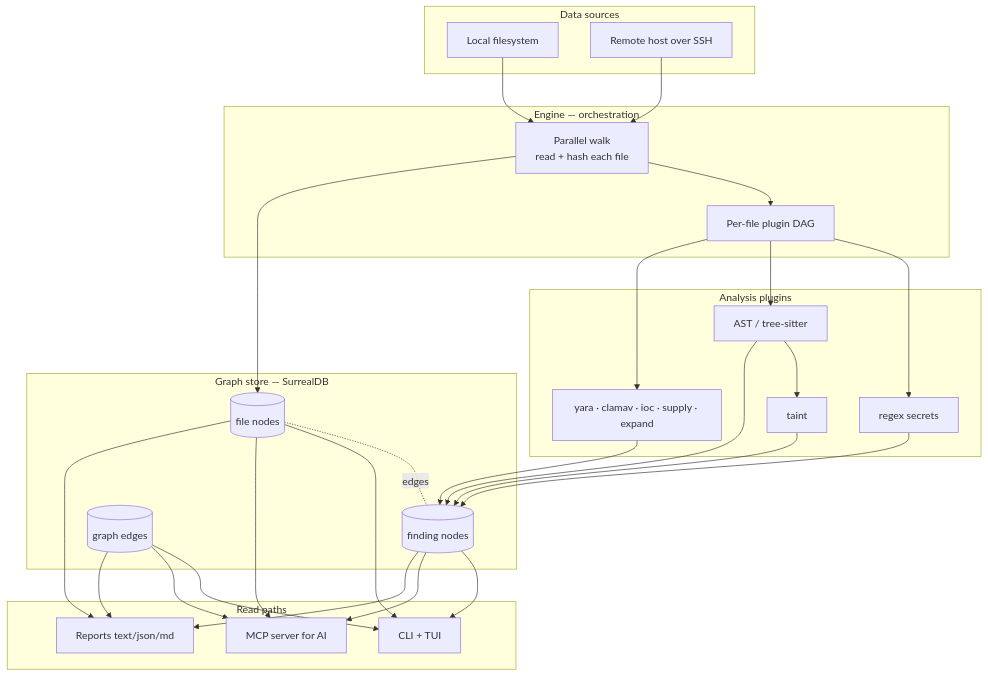
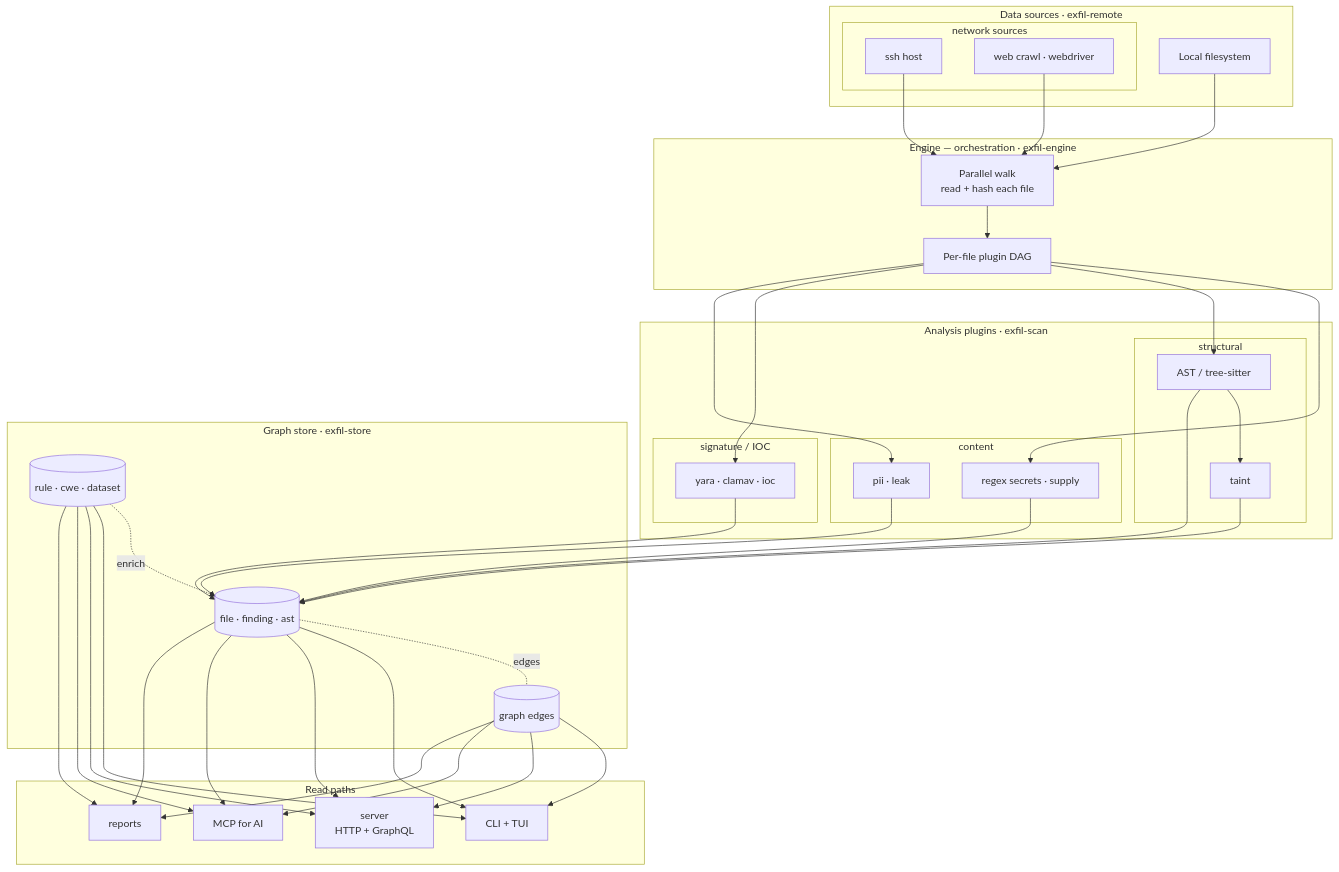
The diagram in docs/src/architecture/README.md (rangertaha/exfil), drawn with Mermaid before and after one commit. The commit also changed other lines of this file and 1 other file, not shown here.

Commit message:
docs: nest architecture diagrams by component scope
Rework the overview and mental-model mermaid diagrams to use nested subgraphs
that show each crate's internal components (scanner families, source types,
store records, CLI interfaces) within their layer — so the diagrams convey both
the layering and what lives inside each box. Reflects the new subsystems
(server, webdriver, mitre CWE, engine::any store).

````diff
--- a/docs/src/architecture/README.md
+++ b/docs/src/architecture/README.md
@@ -44,37 +47,48 @@
 ```mermaid
 flowchart TD
-    subgraph Input["Data sources"]
+    subgraph Input["Data sources · exfil-remote"]
         FS[Local filesystem]
-        SSH[Remote host over SSH]
+        subgraph NetSrc["network sources"]
+            SSH[ssh host]
+            WEBSRC[web crawl · webdriver]
+        end
     end
-    subgraph Eng["Engine — orchestration"]
+    subgraph Eng["Engine — orchestration · exfil-engine"]
         WALK[Parallel walk<br/>read + hash each file]
         PIPE[Per-file plugin DAG]
     end
-    subgraph Plugins["Analysis plugins"]
-        REGEX[regex secrets]
-        AST[AST / tree-sitter]
-        TAINT[taint]
-        MORE[yara · clamav · ioc · supply · expand]
+    subgraph Plugins["Analysis plugins · exfil-scan"]
+        subgraph Content["content"]
+            REGEX[regex secrets · supply]
+            PII[pii · leak]
+        end
+        subgraph Structural["structural"]
+            AST[AST / tree-sitter]
+            TAINT[taint]
+        end
+        subgraph Sig["signature / IOC"]
+            MORE[yara · clamav · ioc]
+        end
     end
-    subgraph Store["Graph store — SurrealDB"]
-        FILES[(file nodes)]
-        FIND[(finding nodes)]
+    subgraph Store["Graph store · exfil-store"]
+        FILES[(file · finding · ast)]
+        REF[(rule · cwe · dataset)]
         EDGES[(graph edges)]
     end
     subgraph Out["Read paths"]
         CLI[CLI + TUI]
-        MCP[MCP server for AI]
-        REP[Reports text/json/md]
+        SERVER[server<br/>HTTP + GraphQL]
+        MCP[MCP for AI]
+        REP[reports]
     end
 
     FS --> WALK
-    SSH --> WALK
+    SSH & WEBSRC --> WALK
     WALK --> PIPE
-    PIPE --> REGEX & AST & MORE
+    PIPE --> REGEX & AST & MORE & PII
     AST --> TAINT
-    REGEX & AST & TAINT & MORE --> FIND
-    WALK --> FILES
-    FILES -.edges.- FIND
-    FILES & FIND & EDGES --> CLI & MCP & REP
+    REGEX & AST & TAINT & MORE & PII --> FILES
+    FILES -.edges.- EDGES
+    REF -. enrich .-> FILES
+    FILES & REF & EDGES --> CLI & SERVER & MCP & REP
 ```
````
